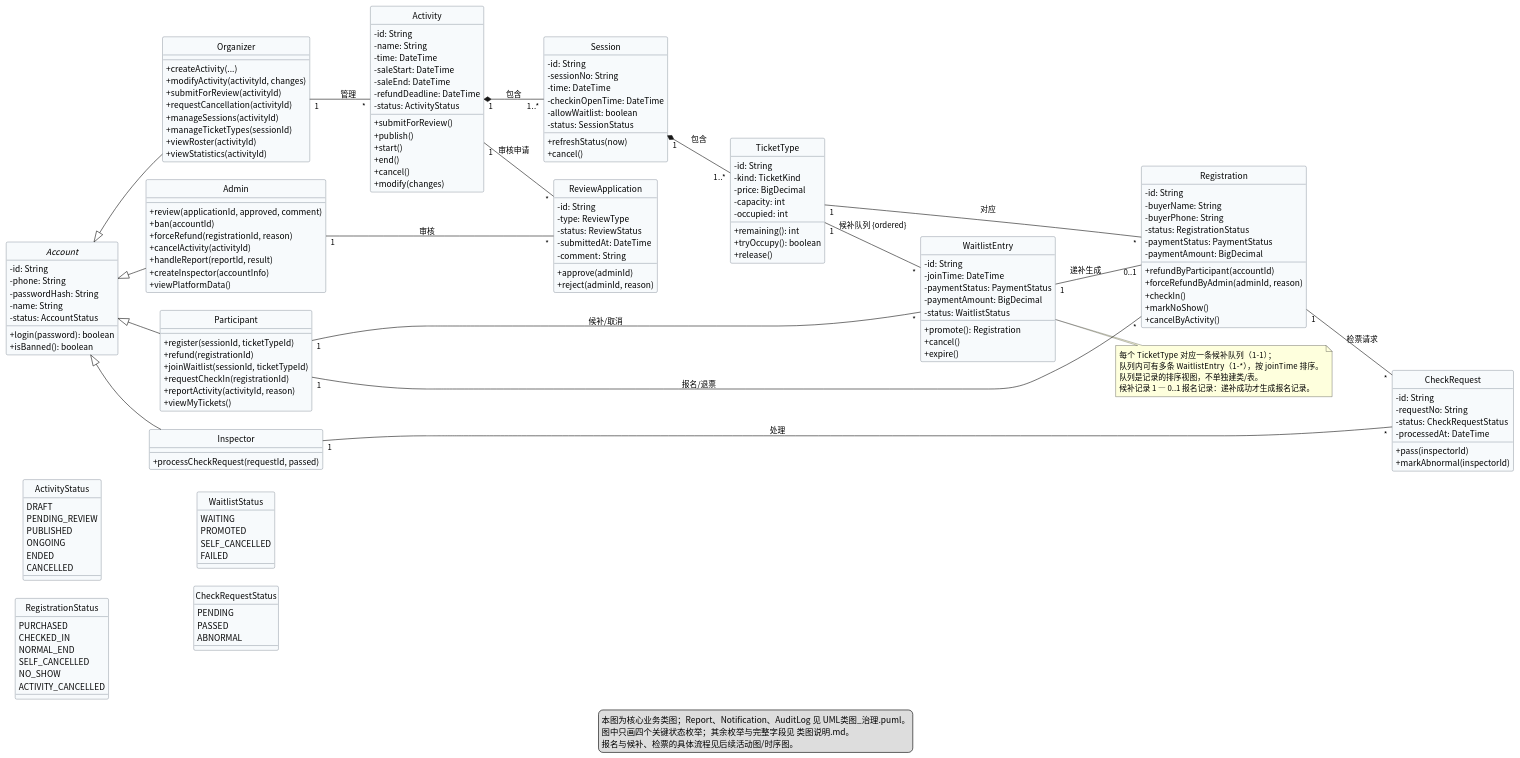
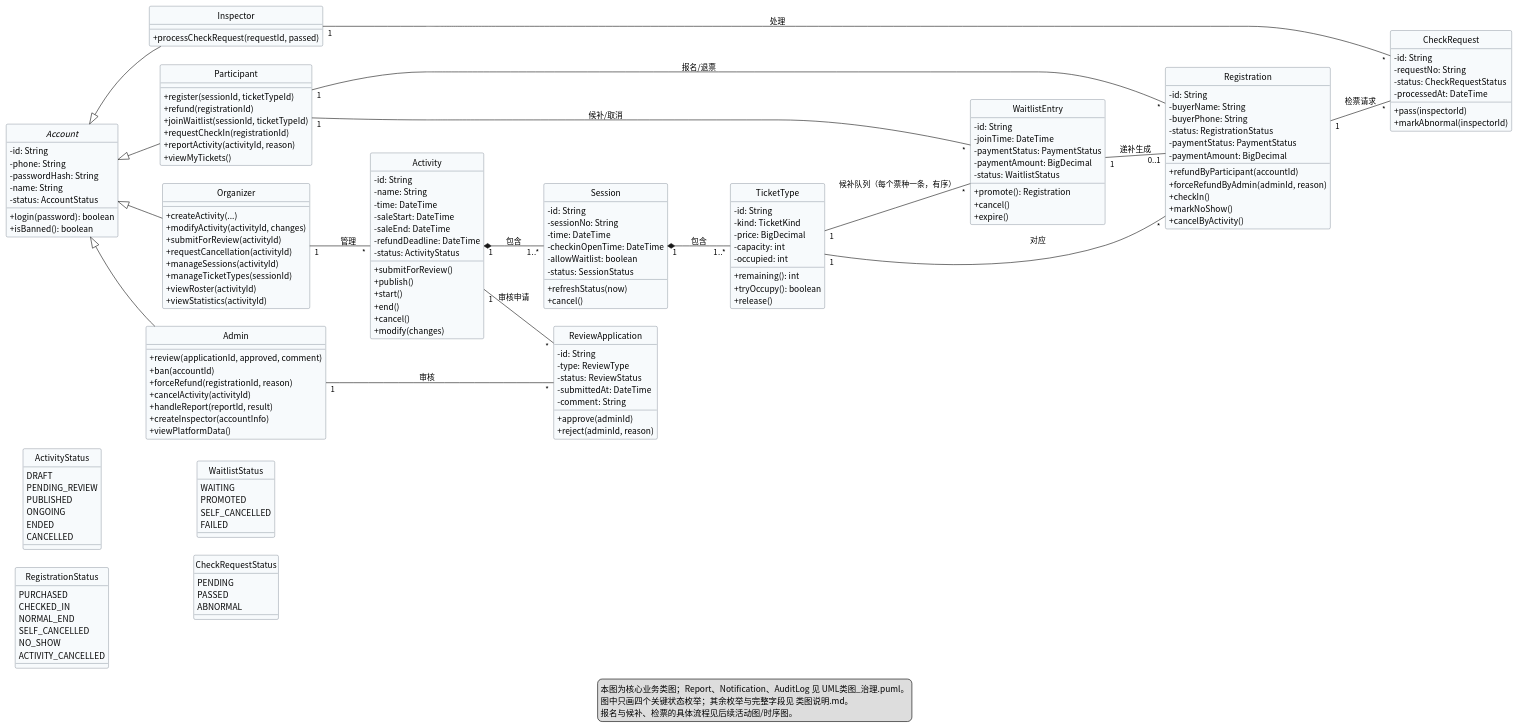
Before and after one commit to Lewis-44-China/se-lab1-requirements: the diagram in lab2/UML/UML类图.puml, drawn with PlantUML. The commit also changed 2 other files, not shown here.

```diff
--- a/lab2/UML/UML类图.puml
+++ b/lab2/UML/UML类图.puml
@@ -1,191 +1,184 @@
 @startuml UML类图
 skinparam classAttributeIconSize 0
 skinparam shadowing false
 skinparam defaultFontName "Noto Sans CJK SC"
 skinparam nodesep 30
 skinparam ranksep 45
 skinparam class {
   BackgroundColor #F7FAFC
   BorderColor #4A5568
 }
 hide circle
 left to right direction
 
 together {
 abstract class Account {
   - id: String
   - phone: String
   - passwordHash: String
   - name: String
   - status: AccountStatus
   + login(password): boolean
   + isBanned(): boolean
 }
 class Participant {
   + register(sessionId, ticketTypeId)
   + refund(registrationId)
   + joinWaitlist(sessionId, ticketTypeId)
   + requestCheckIn(registrationId)
   + reportActivity(activityId, reason)
   + viewMyTickets()
 }
 class Organizer {
   + createActivity(...)
   + modifyActivity(activityId, changes)
   + submitForReview(activityId)
   + requestCancellation(activityId)
   + manageSessions(activityId)
   + manageTicketTypes(sessionId)
   + viewRoster(activityId)
   + viewStatistics(activityId)
 }
 class Inspector {
   + processCheckRequest(requestId, passed)
 }
 class Admin {
   + review(applicationId, approved, comment)
   + ban(accountId)
   + forceRefund(registrationId, reason)
   + cancelActivity(activityId)
   + handleReport(reportId, result)
   + createInspector(accountInfo)
   + viewPlatformData()
 }
 
 }
 class Activity {
   - id: String
   - name: String
   - time: DateTime
   - saleStart: DateTime
   - saleEnd: DateTime
   - refundDeadline: DateTime
   - status: ActivityStatus
   + submitForReview()
   + publish()
   + start()
   + end()
   + cancel()
   + modify(changes)
 }
 class Session {
   - id: String
   - sessionNo: String
   - time: DateTime
   - checkinOpenTime: DateTime
   - allowWaitlist: boolean
   - status: SessionStatus
   + refreshStatus(now)
   + cancel()
 }
 class TicketType {
   - id: String
   - kind: TicketKind
   - price: BigDecimal
   - capacity: int
   - occupied: int
   + remaining(): int
   + tryOccupy(): boolean
   + release()
 }
 class Registration {
   - id: String
   - buyerName: String
   - buyerPhone: String
   - status: RegistrationStatus
   - paymentStatus: PaymentStatus
   - paymentAmount: BigDecimal
   + refundByParticipant(accountId)
   + forceRefundByAdmin(adminId, reason)
   + checkIn()
   + markNoShow()
   + cancelByActivity()
 }
 class WaitlistEntry {
   - id: String
   - joinTime: DateTime
   - paymentStatus: PaymentStatus
   - paymentAmount: BigDecimal
   - status: WaitlistStatus
   + promote(): Registration
   + cancel()
   + expire()
 }
 class CheckRequest {
   - id: String
   - requestNo: String
   - status: CheckRequestStatus
   - processedAt: DateTime
   + pass(inspectorId)
   + markAbnormal(inspectorId)
 }
 class ReviewApplication {
   - id: String
   - type: ReviewType
   - status: ReviewStatus
   - submittedAt: DateTime
   - comment: String
   + approve(adminId)
   + reject(adminId, reason)
 }
 
 enum ActivityStatus {
   DRAFT
   PENDING_REVIEW
   PUBLISHED
   ONGOING
   ENDED
   CANCELLED
 }
 enum RegistrationStatus {
   PURCHASED
   CHECKED_IN
   NORMAL_END
   SELF_CANCELLED
   NO_SHOW
   ACTIVITY_CANCELLED
 }
 enum WaitlistStatus {
   WAITING
   PROMOTED
   SELF_CANCELLED
   FAILED
 }
 enum CheckRequestStatus {
   PENDING
   PASSED
   ABNORMAL
 }
 
 Account <|-- Participant
 Account <|-- Organizer
 Account <|-- Inspector
 Account <|-- Admin
 
 Organizer "1" -- "*" Activity : 管理
 Activity "1" *-- "1..*" Session : 包含
 Session "1" *-- "1..*" TicketType : 包含
 Activity "1" -- "*" ReviewApplication : 审核申请
 Admin "1" -- "*" ReviewApplication : 审核
 
 Participant "1" -- "*" Registration : 报名/退票
 TicketType "1" -- "*" Registration : 对应
 Participant "1" -- "*" WaitlistEntry : 候补/取消
-TicketType "1" -- "*" WaitlistEntry : 候补队列 {ordered}
+TicketType "1" -- "*" WaitlistEntry : 候补队列（每个票种一条，有序）
 WaitlistEntry "1" -- "0..1" Registration : 递补生成
 Registration "1" -- "*" CheckRequest : 检票请求
 Inspector "1" -- "*" CheckRequest : 处理
-
-note right of WaitlistEntry
-  每个 TicketType 对应一条候补队列（1-1）；
-  队列内可有多条 WaitlistEntry（1-*），按 joinTime 排序。
-  队列是记录的排序视图，不单独建类/表。
-  候补记录 1 — 0..1 报名记录：递补成功才生成报名记录。
-end note
 
 legend bottom
   本图为核心业务类图；Report、Notification、AuditLog 见 UML类图_治理.puml。
   图中只画四个关键状态枚举；其余枚举与完整字段见 类图说明.md。
   报名与候补、检票的具体流程见后续活动图/时序图。
 endlegend
 @enduml
```
